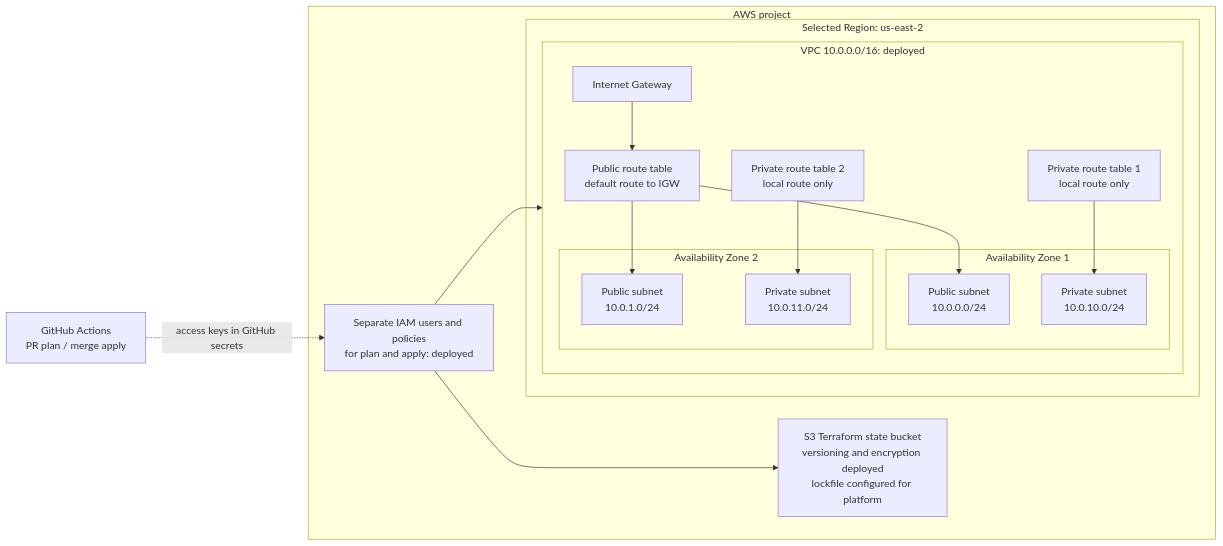
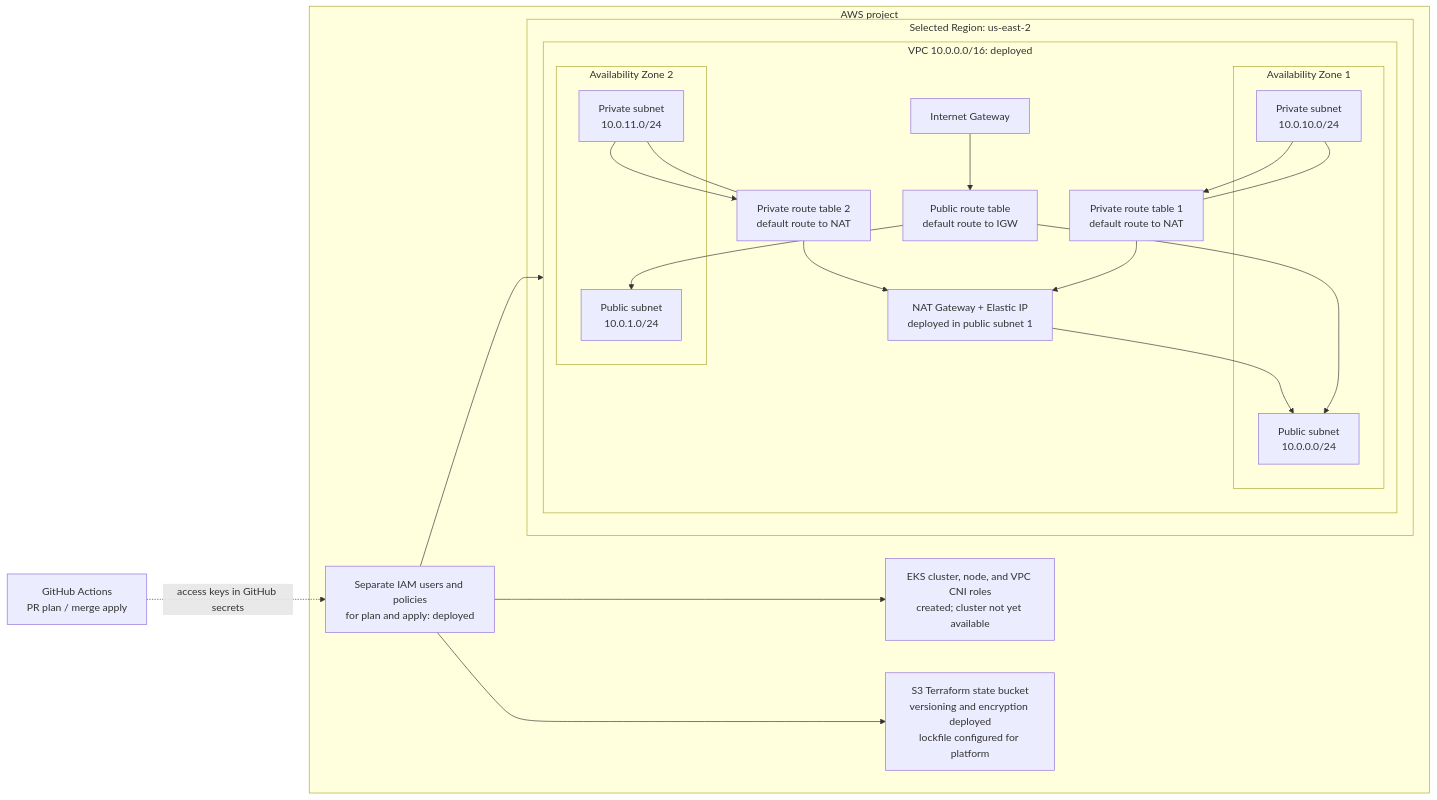
The diagram in README.md (ramirocastillo93/aws-eks-platform-lab), drawn with Mermaid before and after one commit. The commit also changed other lines of this file and 1 other file, not shown here.

Commit message:
fix: allow EKS service-linked role creation

````diff
--- a/README.md
+++ b/README.md
@@ -13,34 +13,41 @@
 ```mermaid
 flowchart LR
     gh[GitHub Actions<br/>PR plan / merge apply]
 
     subgraph aws[AWS project]
         iam[Separate IAM users and policies<br/>for plan and apply: deployed]
+        eksroles[EKS cluster, node, and VPC CNI roles<br/>created; cluster not yet available]
         state[S3 Terraform state bucket<br/>versioning and encryption deployed<br/>lockfile configured for platform]
 
         subgraph region[Selected Region: us-east-2]
             subgraph vpc[VPC 10.0.0.0/16: deployed]
                 igw[Internet Gateway]
                 prt[Public route table<br/>default route to IGW]
+                nat[NAT Gateway + Elastic IP<br/>deployed in public subnet 1]
                 subgraph az1[Availability Zone 1]
                     pub1[Public subnet<br/>10.0.0.0/24]
                     priv1[Private subnet<br/>10.0.10.0/24]
                 end
                 subgraph az2[Availability Zone 2]
                     pub2[Public subnet<br/>10.0.1.0/24]
                     priv2[Private subnet<br/>10.0.11.0/24]
                 end
-                r1[Private route table 1<br/>local route only]
-                r2[Private route table 2<br/>local route only]
+                r1[Private route table 1<br/>default route to NAT]
+                r2[Private route table 2<br/>default route to NAT]
             end
         end
     end
 
     gh -. access keys in GitHub secrets .-> iam
     iam --> state
     iam --> vpc
+    iam --> eksroles
     igw --> prt
     prt --> pub1 & pub2
-    r1 --> priv1
-    r2 --> priv2
+    nat --> pub1
+    priv1 --- r1
+    priv2 --- r2
+    priv1 --> r1
+    priv2 --> r2
+    r1 & r2 --> nat
 ```
````
